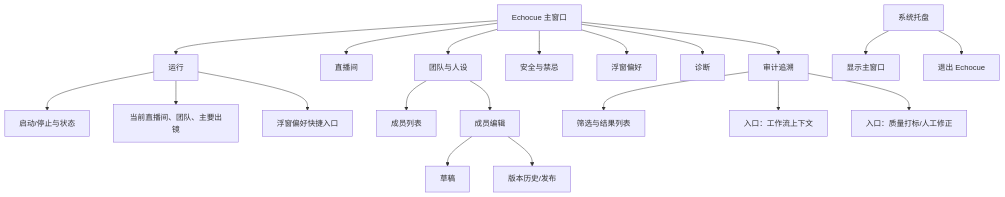
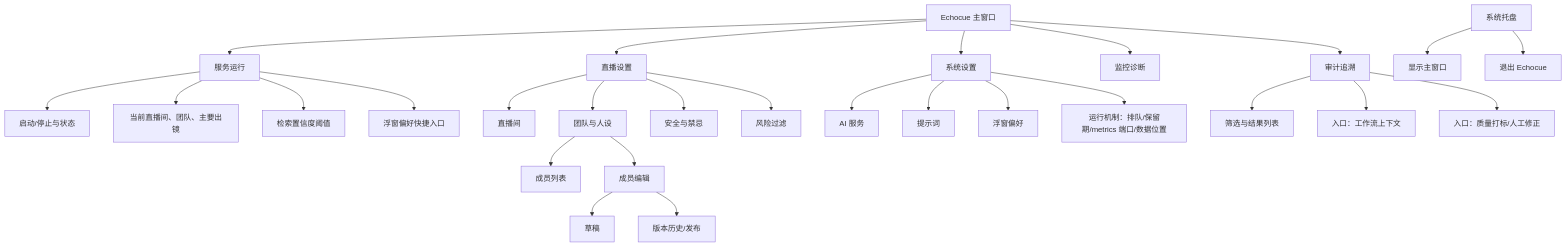
Before and after one commit to Ahsen17/douyin-echocue-standalone: the first of 5 diagrams in docs/10-ui/Echocue-UI信息架构与交互设计-v0.1.md, drawn with Mermaid. The commit also changed other lines of this file and 7 other files, not shown here.

````diff
--- a/docs/10-ui/Echocue-UI信息架构与交互设计-v0.1.md
+++ b/docs/10-ui/Echocue-UI信息架构与交互设计-v0.1.md
@@ -25,22 +25,29 @@
 ```mermaid
 flowchart TB
-  APP[Echocue 主窗口] --> RUN[运行]
-  APP --> ROOM[直播间]
-  APP --> TEAM[团队与人设]
-  APP --> SAFE[安全与禁忌]
-  APP --> OVERLAY[浮窗偏好]
-  APP --> DIAG[诊断]
+  APP[Echocue 主窗口] --> RUN[服务运行]
+  APP --> LIVE[直播设置]
+  APP --> SYS[系统设置]
+  APP --> DIAG[监控诊断]
   APP --> AUDIT[审计追溯]
   RUN --> START[启动/停止与状态]
   RUN --> SUMMARY[当前直播间、团队、主要出镜]
+  RUN --> THRESHOLD[检索置信度阈值]
   RUN --> QUICK[浮窗偏好快捷入口]
+  LIVE --> ROOM[直播间]
+  LIVE --> TEAM[团队与人设]
+  LIVE --> SAFE[安全与禁忌]
+  LIVE --> RISK[风险过滤]
+  SYS --> PROVIDER[AI 服务]
+  SYS --> PROMPT[提示词]
+  SYS --> OVERLAY[浮窗偏好]
+  SYS --> RUNTIME[运行机制：排队/保留期/metrics 端口/数据位置]
   TEAM --> LIST[成员列表]
   TEAM --> EDIT[成员编辑]
   EDIT --> DRAFT[草稿]
   EDIT --> VERSION[版本历史/发布]
   AUDIT --> SEARCH[筛选与结果列表]
   AUDIT --> WORKFLOW[入口：工作流上下文]
   AUDIT --> LABEL[入口：质量打标/人工修正]
   TRAY[系统托盘] --> SHOW[显示主窗口]
   TRAY --> EXIT[退出 Echocue]
 ```
````
